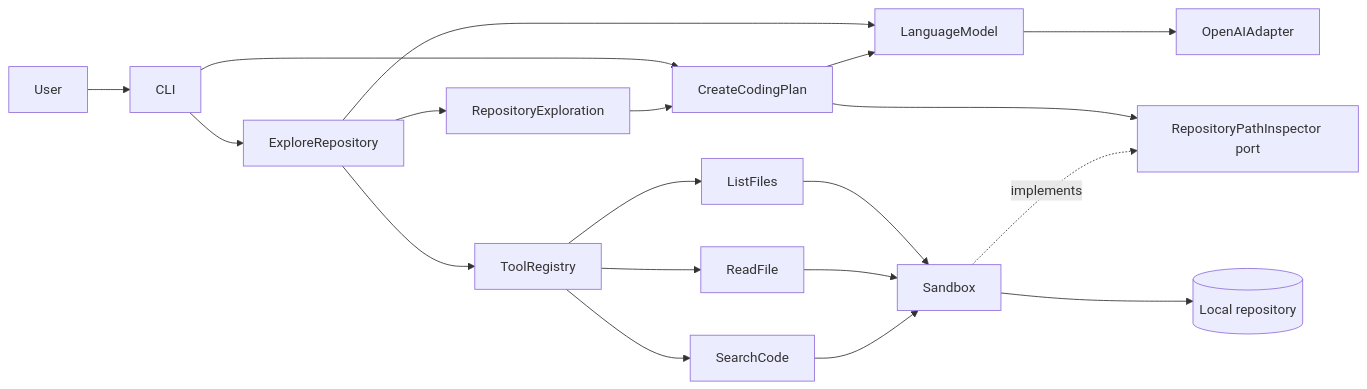
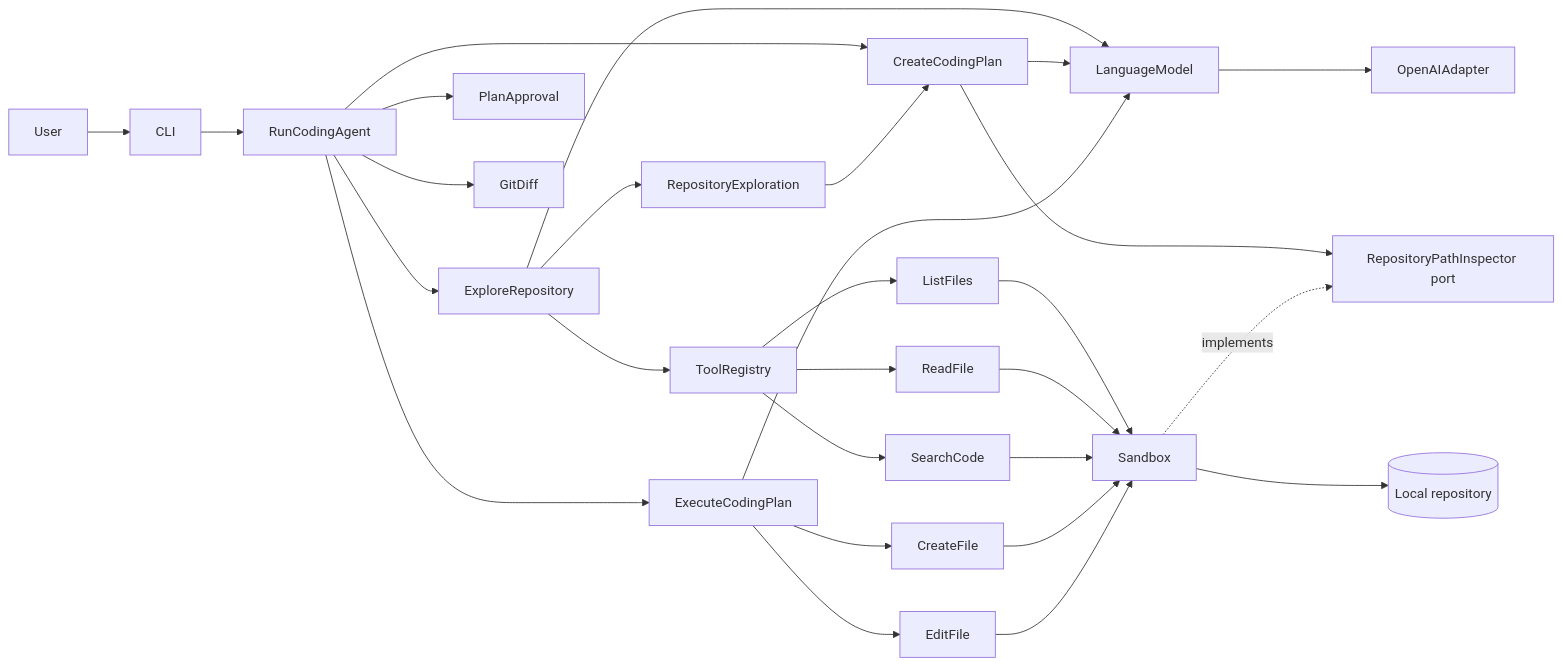
One commit to ArianeZan/mini-code changed the first of 2 diagrams in docs/technical-architecture.md. Above: the diagram before and after it, drawn with Mermaid. The commit also changed other lines of this file and 26 other files, not shown here.

Commit message:
feat: execute approved coding plans

````diff
--- a/docs/technical-architecture.md
+++ b/docs/technical-architecture.md
@@ -7,21 +7,30 @@
 ```mermaid
 flowchart LR
     User --> CLI
-    CLI --> ExploreRepository
-    CLI --> CreateCodingPlan
+    CLI --> RunCodingAgent
+    RunCodingAgent --> ExploreRepository
+    RunCodingAgent --> CreateCodingPlan
+    RunCodingAgent --> PlanApproval
+    RunCodingAgent --> ExecuteCodingPlan
+    RunCodingAgent --> GitDiff
     ExploreRepository --> ExplorationResult[RepositoryExploration]
     ExplorationResult --> CreateCodingPlan
     ExploreRepository --> LanguageModel
     CreateCodingPlan --> LanguageModel
+    ExecuteCodingPlan --> LanguageModel
     CreateCodingPlan --> PathInspector[RepositoryPathInspector port]
     ExploreRepository --> ToolRegistry
     LanguageModel --> OpenAIAdapter
     ToolRegistry --> ListFiles
     ToolRegistry --> ReadFile
     ToolRegistry --> SearchCode
     ListFiles --> Sandbox
     ReadFile --> Sandbox
     SearchCode --> Sandbox
     Sandbox --> Repository[(Local repository)]
     Sandbox -. implements .-> PathInspector
+    ExecuteCodingPlan --> CreateFile
+    ExecuteCodingPlan --> EditFile
+    CreateFile --> Sandbox
+    EditFile --> Sandbox
 ```
````
